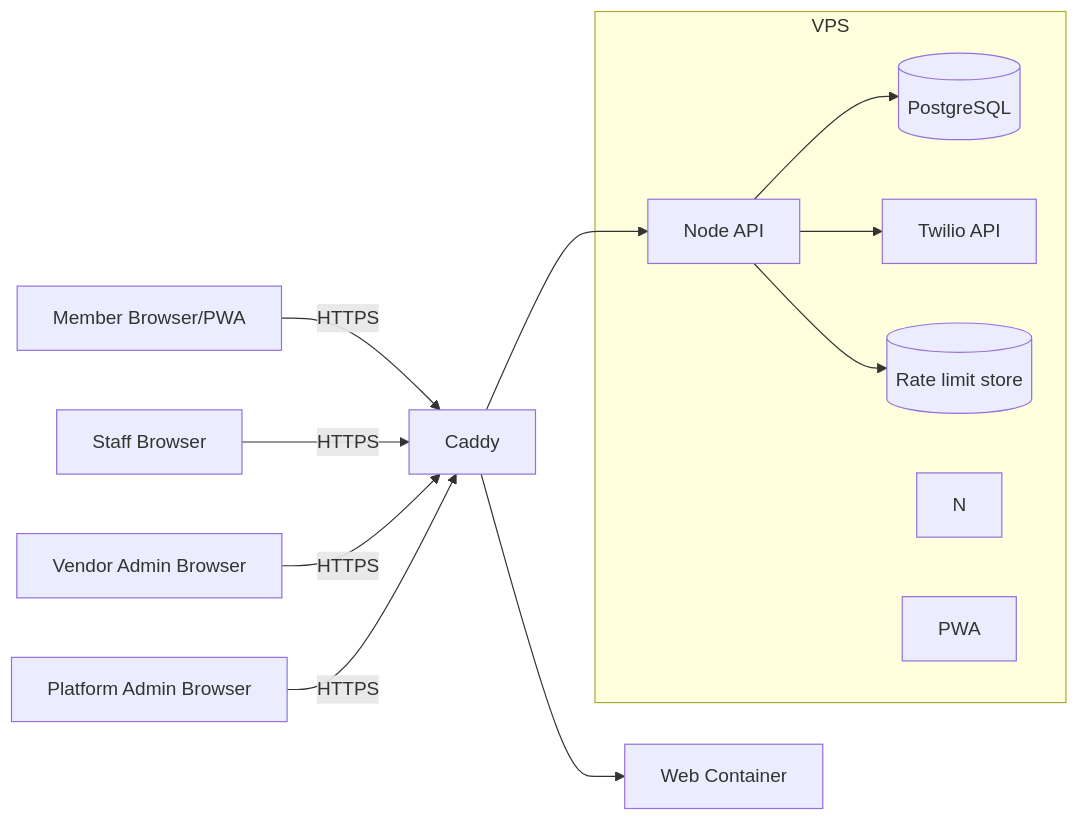
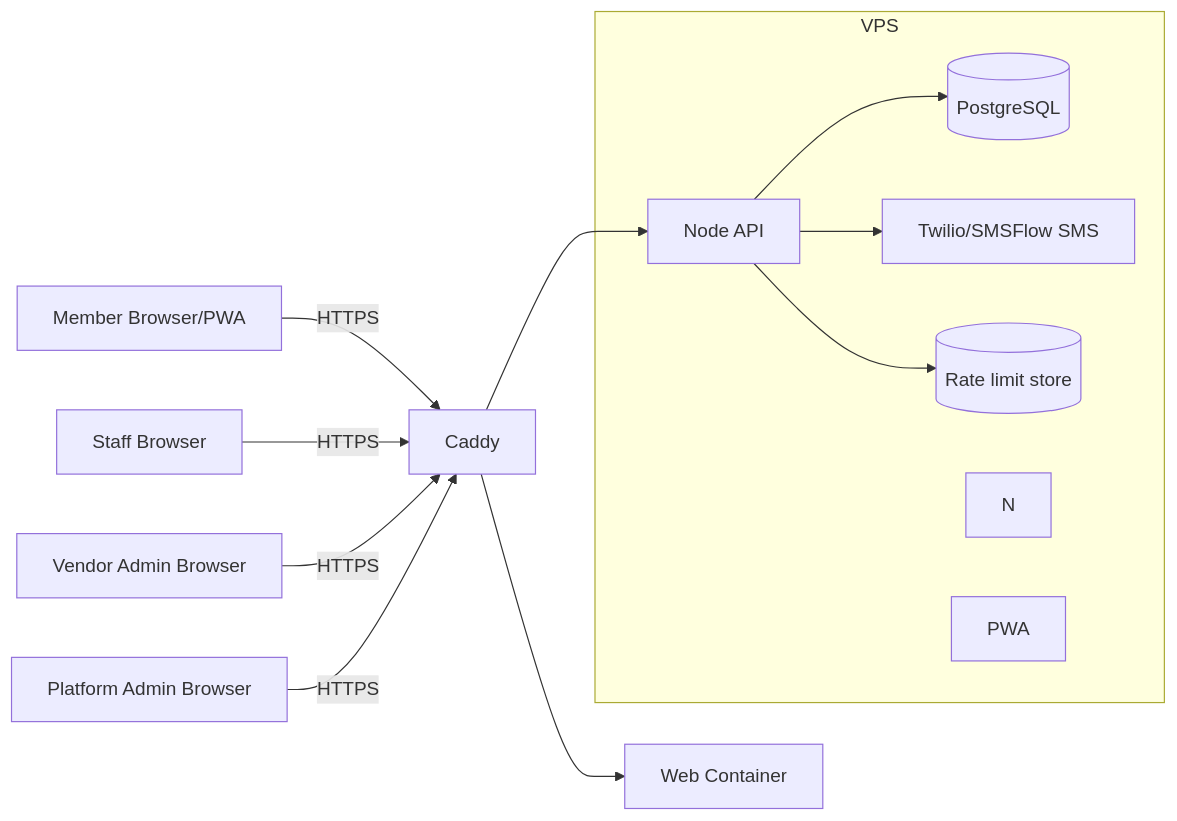
Before and after one commit to NeilAdamson/loyalty-pwa: the first of 2 diagrams in docs/ARCHITECTURE.md, drawn with Mermaid. The commit also changed other lines of this file and 9 other files, not shown here.

````diff
--- a/docs/ARCHITECTURE.md
+++ b/docs/ARCHITECTURE.md
@@ -17,23 +17,23 @@
 ```mermaid
 flowchart LR
   M[Member Browser/PWA] -->|HTTPS| P[Caddy]
   S[Staff Browser] -->|HTTPS| P
   VA[Vendor Admin Browser] -->|HTTPS| P
   PA[Platform Admin Browser] -->|HTTPS| P
 
   P --> API[Node API]
   P --> WEB[Web Container]
 
   API --> DB[(PostgreSQL)]
-  API --> WA[WhatsApp Provider API]
+  API --> SMS[SMS Provider API]
   API --> RL[(Rate limit store)]
 
   subgraph VPS
     N
     API
     PWA
     DB
     RL
-    WA[Twilio API]
+    SMS[Twilio/SMSFlow SMS]
   end
 ```
````
